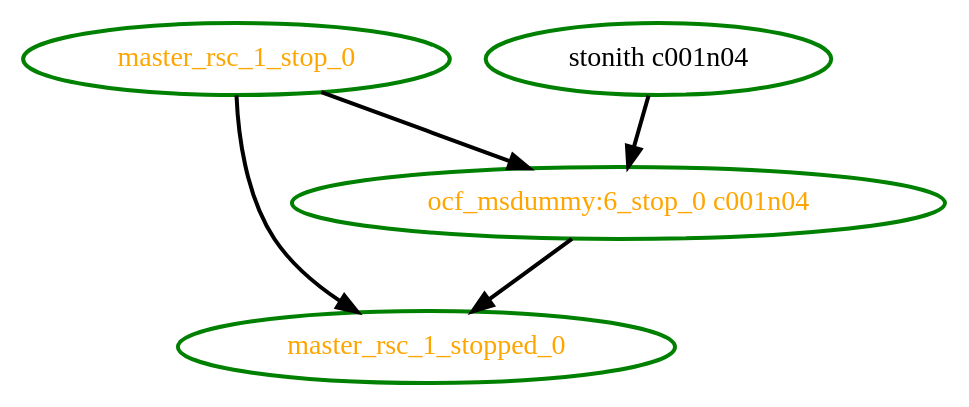
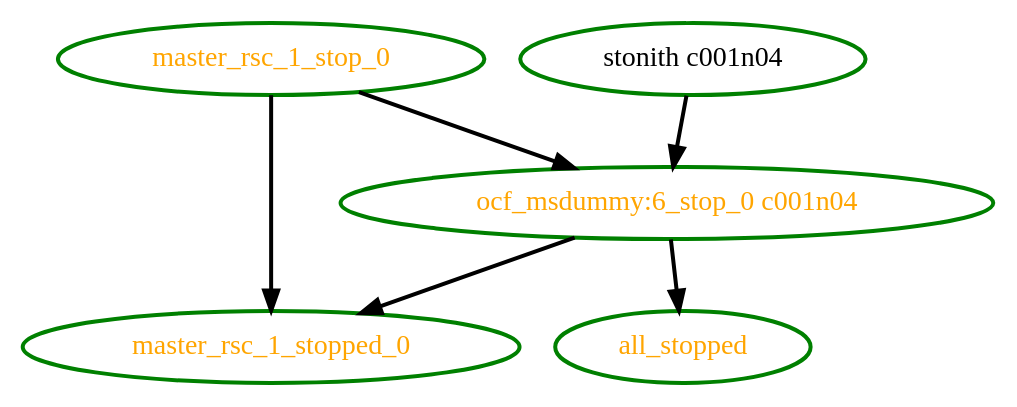
Before and after one commit to richiewen8/heartbeat: the diagram in crm/pengine/testcases/rec-node-13.dot, drawn with Graphviz. The commit also changed 33 other files, not shown here.

Commit message:
PE: STONITH Shutdown ordering * Ensure all stonith actions are complete before stopping stonith resources * Ensure all regular resources are stopped before stopping stonith resources

```diff
--- a/crm/pengine/testcases/rec-node-13.dot
+++ b/crm/pengine/testcases/rec-node-13.dot
@@ -1,10 +1,12 @@
  digraph "g" {
+"all_stopped" [ style=bold color="green" fontcolor="orange"  ]
 "master_rsc_1_stop_0" -> "master_rsc_1_stopped_0" [ style = bold]
 "master_rsc_1_stop_0" -> "ocf_msdummy:6_stop_0 c001n04" [ style = bold]
 "master_rsc_1_stop_0" [ style=bold color="green" fontcolor="orange" ]
 "master_rsc_1_stopped_0" [ style=bold color="green" fontcolor="orange" ]
+"ocf_msdummy:6_stop_0 c001n04" -> "all_stopped" [ style = bold]
 "ocf_msdummy:6_stop_0 c001n04" -> "master_rsc_1_stopped_0" [ style = bold]
 "ocf_msdummy:6_stop_0 c001n04" [ style=bold color="green" fontcolor="orange" ]
 "stonith c001n04" -> "ocf_msdummy:6_stop_0 c001n04" [ style = bold]
 "stonith c001n04" [ style=bold color="green" fontcolor="black" ]
 }
```
